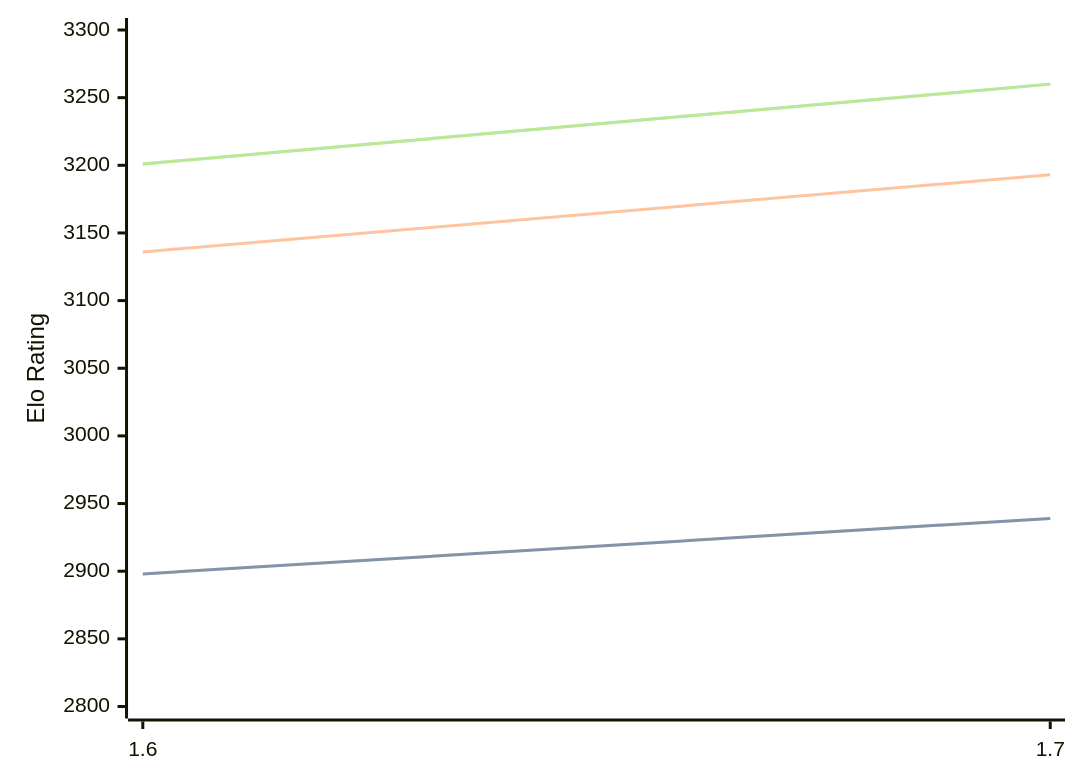
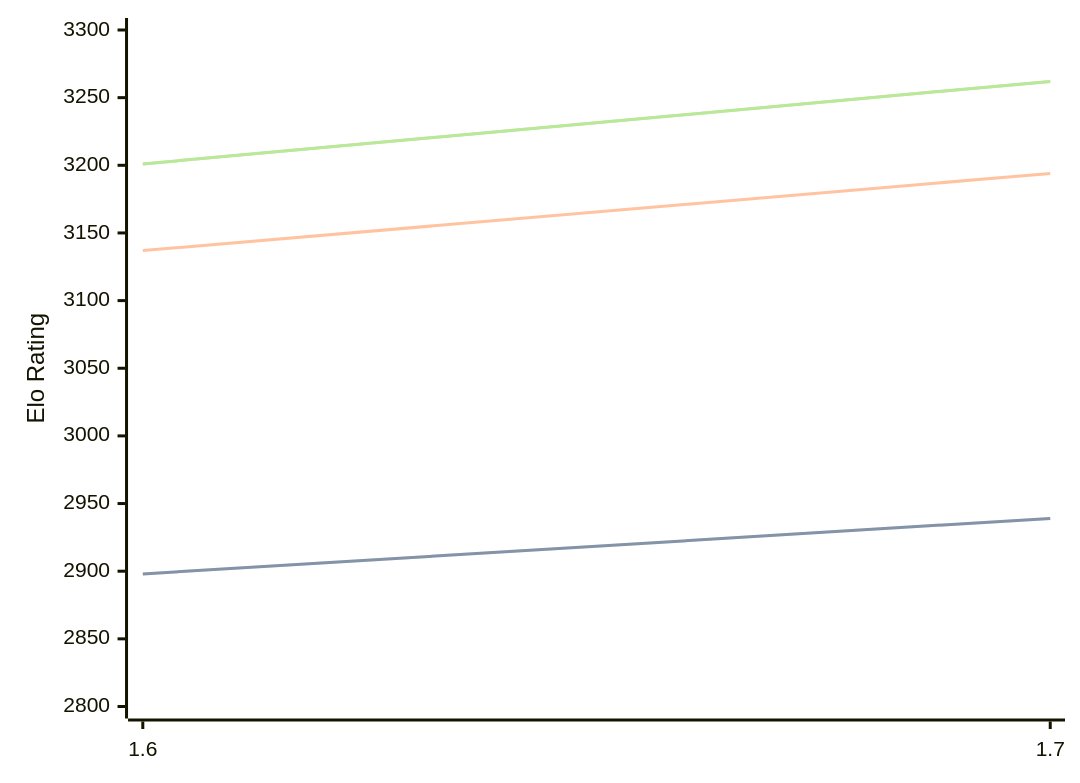
The diagram in engines/Bitbit.md (computer-chess-index/cci), drawn with Mermaid before and after one commit. The commit also changed other lines of this file, not shown here.

Commit message:
Update CCI Ratings (ELO VLTC) - 2026-08-20

````diff
--- a/engines/Bitbit.md
+++ b/engines/Bitbit.md
@@ -32,11 +32,11 @@
 ```mermaid
 %%{init: {"theme":"base","themeVariables":{"seriesColors:['#a3a3a3','#222221','#faa371']}}}%%
 xychart-beta
   x-axis ["1.6", "1.7"]
   y-axis "Elo Rating" 2800 --> 3300
   line "STC (8.0+0.08s)" [2898, 2939]
   line "STC (8.0+0.08s)" [2898, 2939]
-  line "LTC (60.0+0.60s)" [3136, 3193]
-  line "VLTC (2m24s+1.12s)" [3201, 3260]
-  line "VLTC (2m24s+1.12s)" [3201, 3260]
+  line "LTC (60.0+0.60s)" [3137, 3194]
+  line "VLTC (2m24s+1.12s)" [3201, 3262]
+  line "VLTC (2m24s+1.12s)" [3201, 3262]
 ```
````
